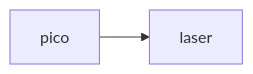
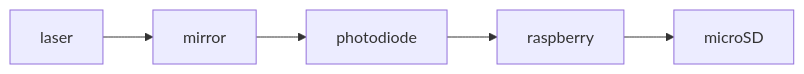
The diagram in README.md (solomister/qietin007), drawn with Mermaid before and after one commit. The commit also changed other lines of this file, not shown here.

````diff
--- a/README.md
+++ b/README.md
@@ -9,4 +9,4 @@
 ```mermaid
 flowchart LR
-	pico --> laser
+	laser --> mirror --> photodiode --> raspberry --> microSD
 ```
````
